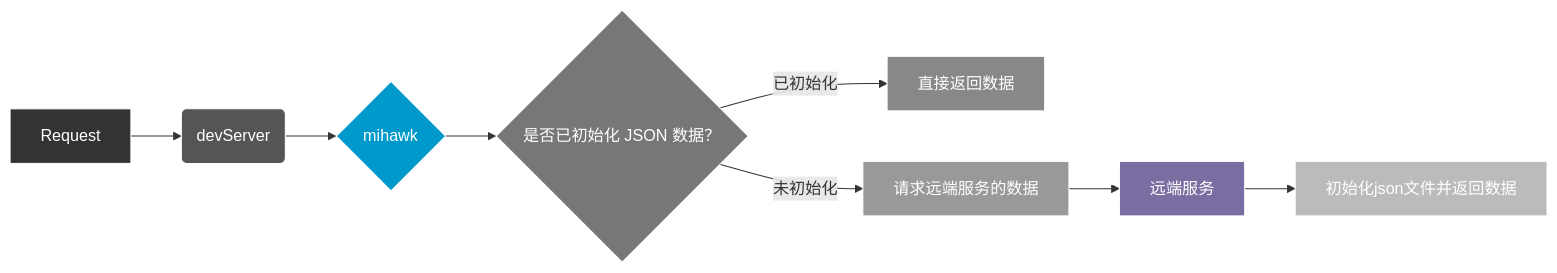
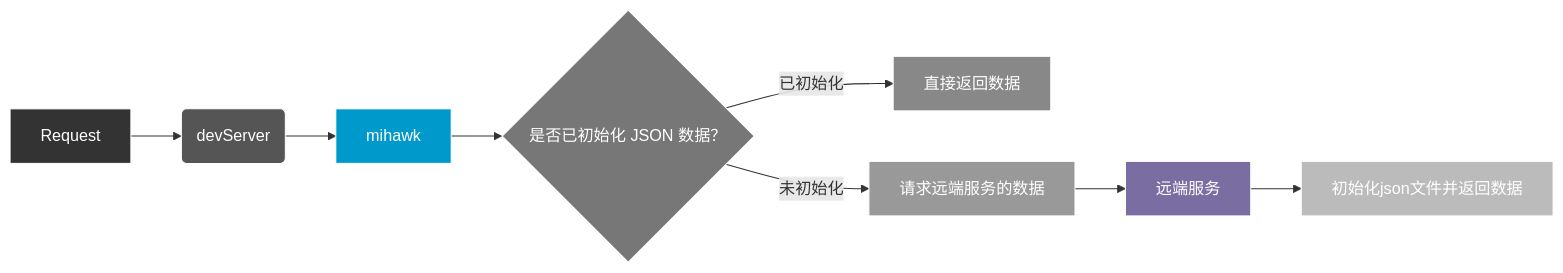
Before and after one commit to Froguard/mihawk: the diagram in docs/fallback-remote.zh_CN.md, drawn with Mermaid. The commit also changed 1 other file, not shown here.

````diff
--- a/docs/fallback-remote.zh_CN.md
+++ b/docs/fallback-remote.zh_CN.md
@@ -3,25 +3,25 @@
 ```mermaid
 graph LR
     A[Request] --> B(devServer)
-    B --> C{mihawk}
+    B --> C[mihawk]
     C --> D{是否已初始化 JSON 数据？}
     D -- 已初始化 --> E[直接返回数据]
     D -- 未初始化 --> F[请求远端服务的数据]
     F --> G[远端服务]
     G --> H[初始化json文件并返回数据]
 
     style A fill:#333,stroke:#fff,color:#fff
     style B fill:#555,stroke:#fff,color:#fff
     style C fill:#09c,stroke:#fff,color:#fff
     style D fill:#777,stroke:#fff,color:#fff
     style E fill:#888,stroke:#fff,color:#fff
     style F fill:#999,stroke:#fff,color:#fff
     style G fill:#7a6da2,stroke:#fff,color:#fff
     style H fill:#bbb,stroke:#fff,color:#fff
 
     classDef step fill:#555,stroke:#fff,color:#fff;
     classDef decision fill:#777,stroke:#fff,color:#fff;
 
     class A,F,G,H step
     class D decision
 ```
````
